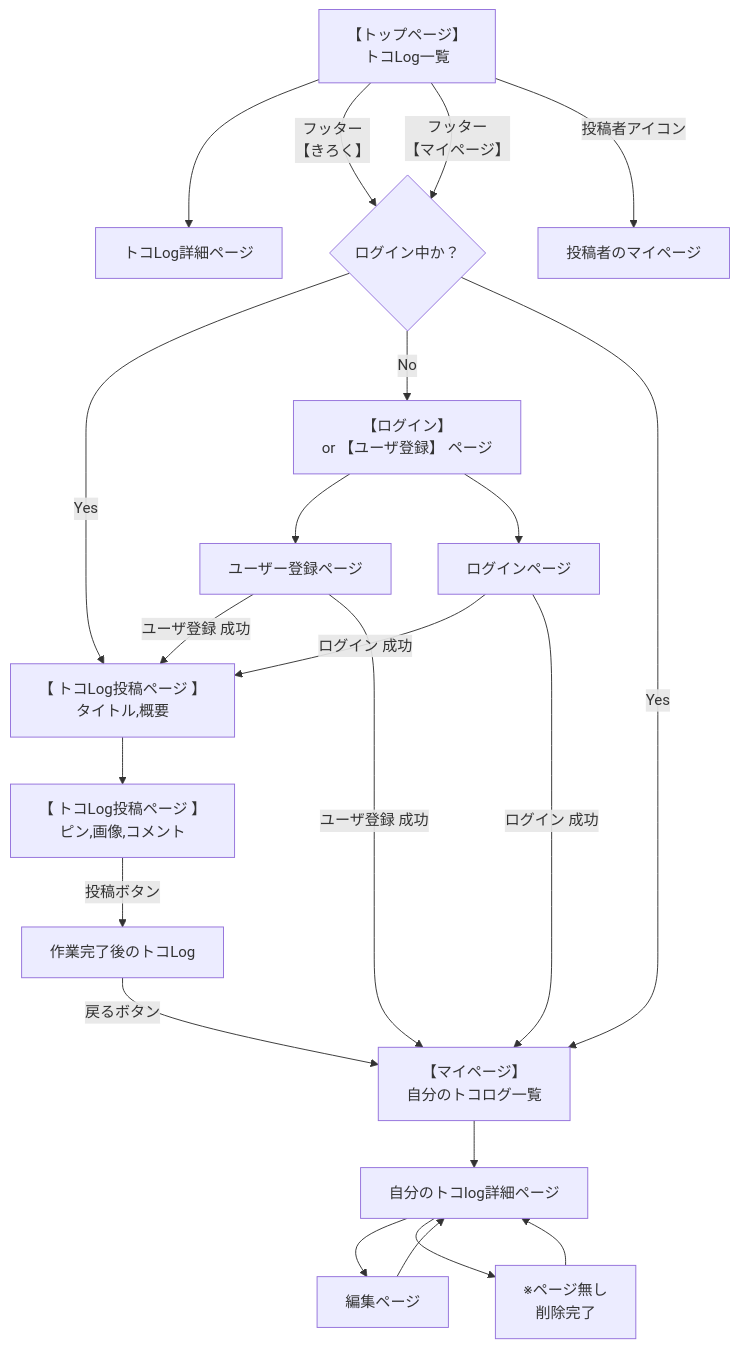
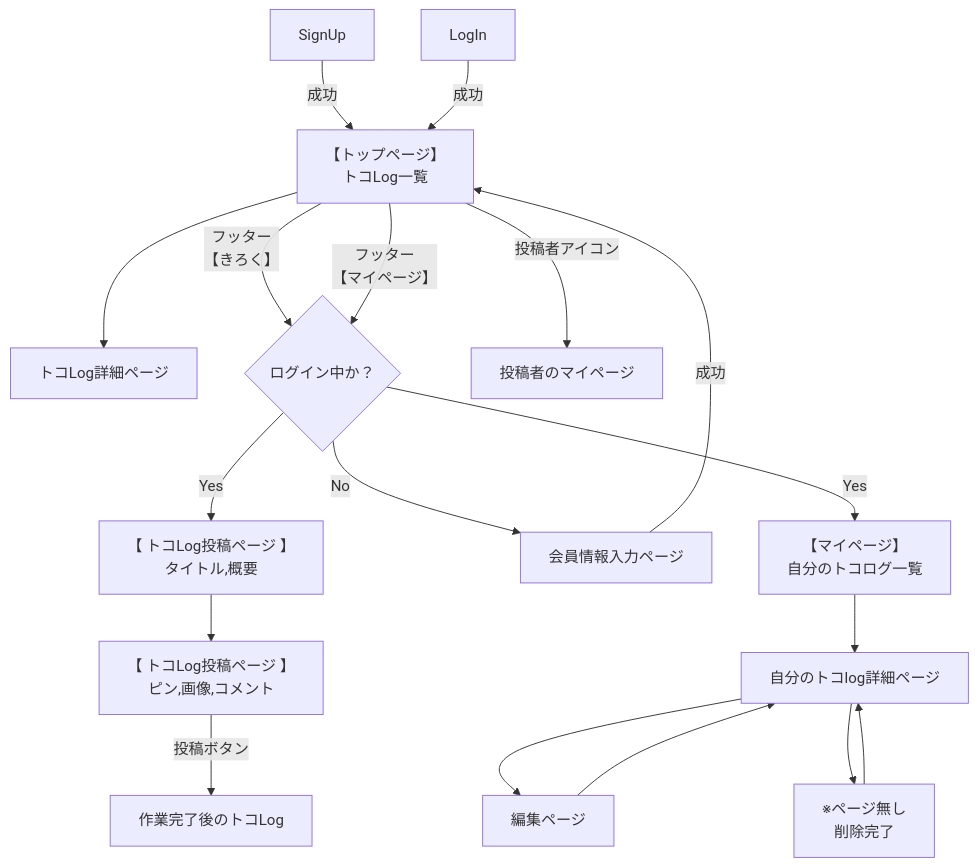
One commit to peppei20240408/toko-toko-log changed the diagram in README.md. Above: the diagram before and after it, drawn with Mermaid.

````diff
--- a/README.md
+++ b/README.md
@@ -75,24 +75,21 @@
 ```mermaid
 graph TD
   TopPage[【トップページ】 <br> トコLog一覧] --> TokoLogShow[トコLog詳細ページ]
   TokoLogsNew[【 トコLog投稿ページ 】 <br> タイトル,概要] --> PinsNew[【 トコLog投稿ページ 】 <br> ピン,画像,コメント]
   PinsNew -->|投稿ボタン| CompTokoLogShow[作業完了後のトコLog]
-  CompTokoLogShow -->|戻るボタン| MyPage
+  CompTokoLogShow
   TopPage -->|フッター <br> 【きろく】| A{ログイン中か？}
   A -- Yes --> TokoLogsNew
-  A -- No --> LoginORSignUp[【ログイン】 <br> or 【ユーザ登録】 ページ]
-  LoginORSignUp --> SignUp[ユーザー登録ページ]
-  SignUp -->|ユーザ登録 成功| TokoLogsNew
-  LoginORSignUp --> LogIn[ログインページ]
-  LogIn -->|ログイン 成功| TokoLogsNew
+  A -- No --> LoginORSignUp[会員情報入力ページ]
+  LoginORSignUp -->|成功| TopPage
+  SignUp -->|成功| TopPage
+  LogIn -->|成功| TopPage
   TopPage -->|フッター <br> 【マイページ】| A{ログイン中か？}
   A -- Yes --> MyPage[【マイページ】 <br> 自分のトコログ一覧]
-  SignUp -->|ユーザ登録 成功| MyPage
-  LogIn -->|ログイン 成功| MyPage
   MyPage --> MyTokoLogShow[自分のトコlog詳細ページ]
   MyTokoLogShow --> Edit[編集ページ]
   Edit --> MyTokoLogShow
   MyTokoLogShow -->  Delete[※ページ無し <br> 削除完了]
   Delete --> MyTokoLogShow
   TopPage -->|投稿者アイコン| ContributorsPage[投稿者のマイページ]
 ```
````
